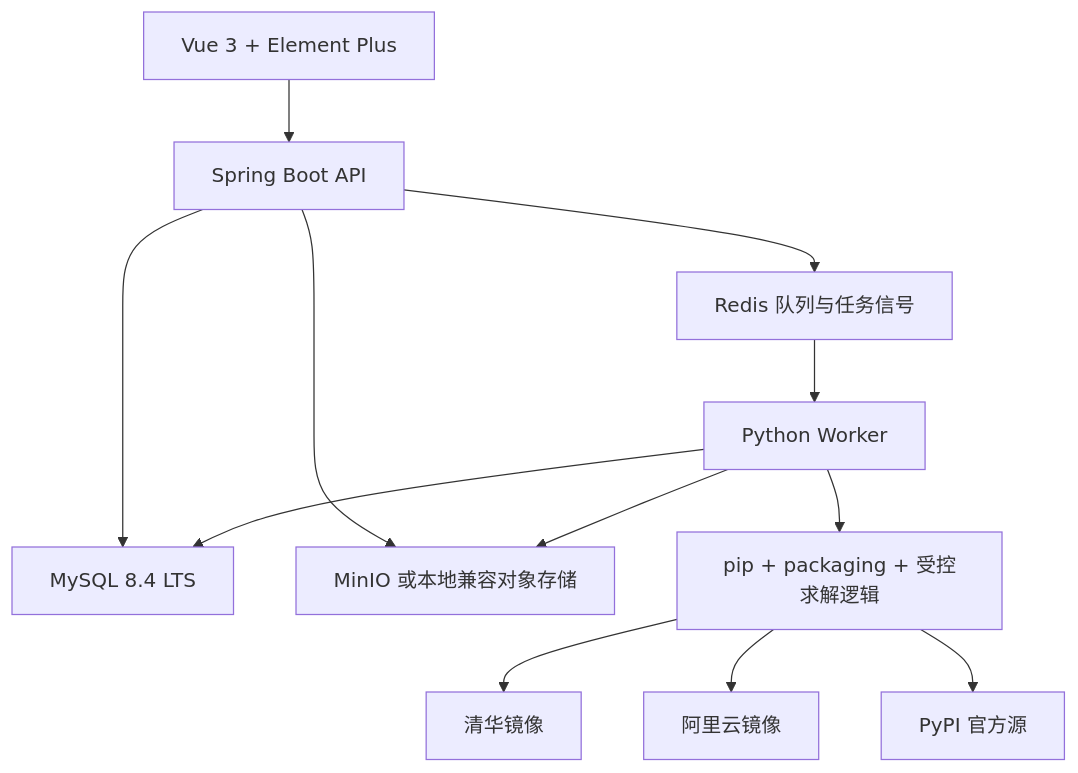
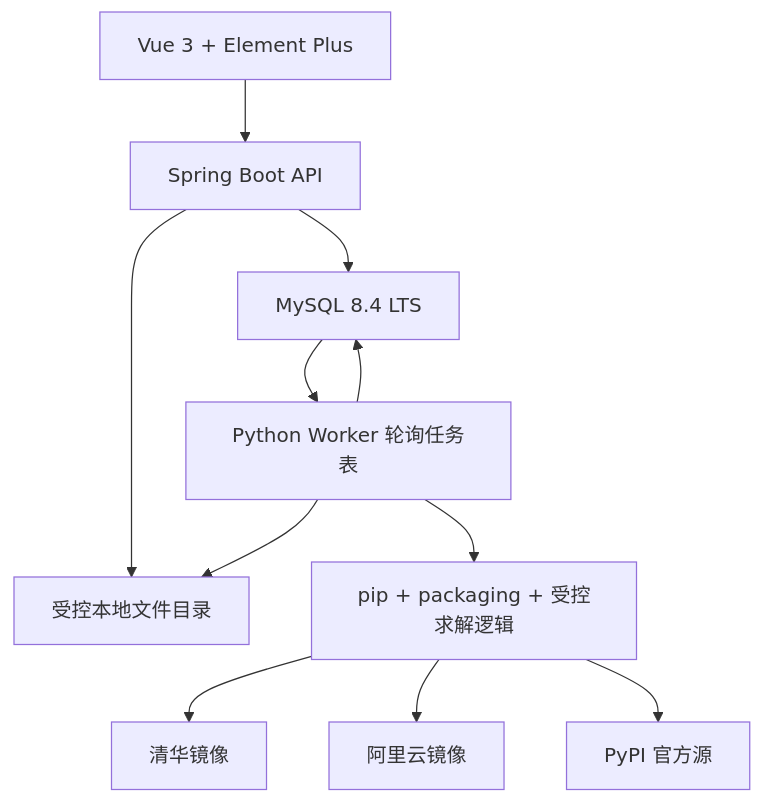
Before and after one commit to Endorphin1203/wheelforge: the first of 2 diagrams in docs/superpowers/specs/2026-07-22-wheelforge-backend-worker-design.md, drawn with Mermaid. The commit also changed other lines of this file and 4 other files, not shown here.

````diff
--- a/docs/superpowers/specs/2026-07-22-wheelforge-backend-worker-design.md
+++ b/docs/superpowers/specs/2026-07-22-wheelforge-backend-worker-design.md
@@ -100,14 +101,13 @@
 ```mermaid
 flowchart TD
     UI["Vue 3 + Element Plus"] --> API["Spring Boot API"]
     API --> DB["MySQL 8.4 LTS"]
-    API --> Redis["Redis 队列与任务信号"]
-    API --> Storage["MinIO 或本地兼容对象存储"]
-    Redis --> Worker["Python Worker"]
+    API --> Storage["受控本地文件目录"]
+    DB --> Worker["Python Worker 轮询任务表"]
     Worker --> Resolver["pip + packaging + 受控求解逻辑"]
     Resolver --> TUNA["清华镜像"]
     Resolver --> Ali["阿里云镜像"]
     Resolver --> PyPI["PyPI 官方源"]
     Worker --> Storage
     Worker --> DB
 ```
````
